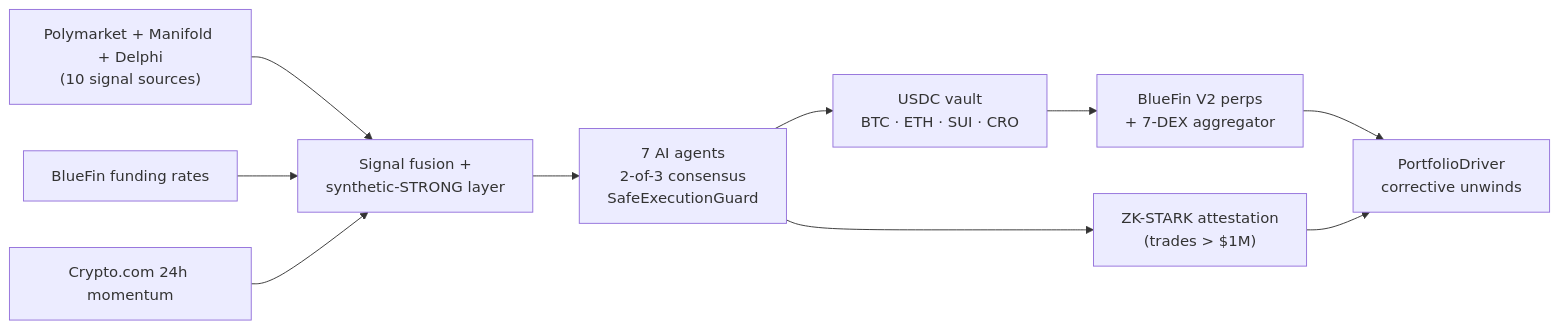
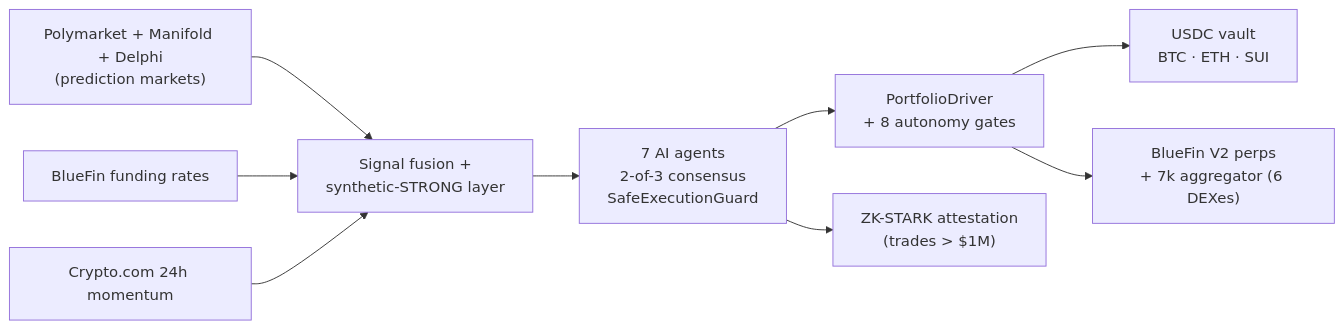
The diagram in README.md (ZkVanguard/ZkVanguard), drawn with Mermaid before and after one commit. The commit also changed other lines of this file, not shown here.

````diff
--- a/README.md
+++ b/README.md
@@ -74,12 +74,11 @@
 ```mermaid
 flowchart LR
-    PM["Polymarket + Manifold + Delphi<br/>(10 signal sources)"] --> SF
+    PM["Polymarket + Manifold + Delphi<br/>(prediction markets)"] --> SF
     BF["BlueFin funding rates"] --> SF
     CDC["Crypto.com 24h momentum"] --> SF
     SF["Signal fusion +<br/>synthetic-STRONG layer"] --> AG
-    AG["7 AI agents<br/>2-of-3 consensus<br/>SafeExecutionGuard"] --> VA
+    AG["7 AI agents<br/>2-of-3 consensus<br/>SafeExecutionGuard"] --> PD
     AG --> ZK["ZK-STARK attestation<br/>(trades > $1M)"]
-    VA["USDC vault<br/>BTC · ETH · SUI · CRO"] --> PERP["BlueFin V2 perps<br/>+ 7-DEX aggregator"]
-    PERP --> PD["PortfolioDriver<br/>corrective unwinds"]
-    ZK --> PD
+    PD["PortfolioDriver<br/>+ 8 autonomy gates"] --> VA["USDC vault<br/>BTC · ETH · SUI"]
+    PD --> PERP["BlueFin V2 perps<br/>+ 7k aggregator (6 DEXes)"]
 ```
````
